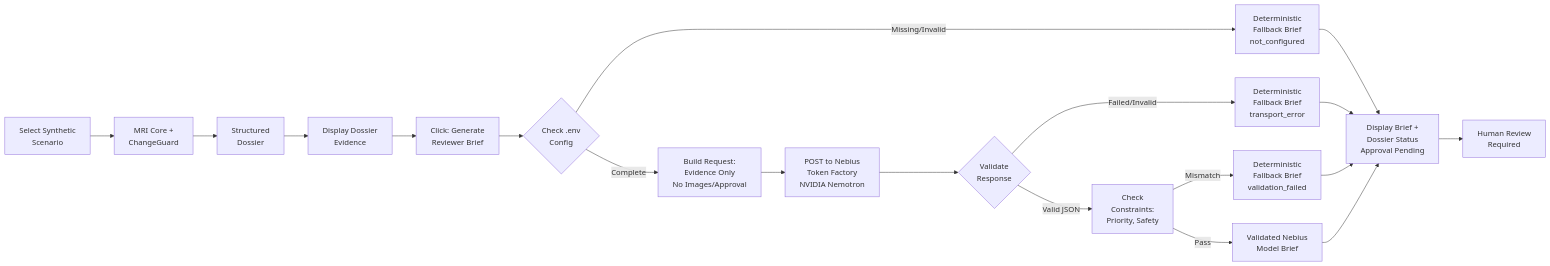
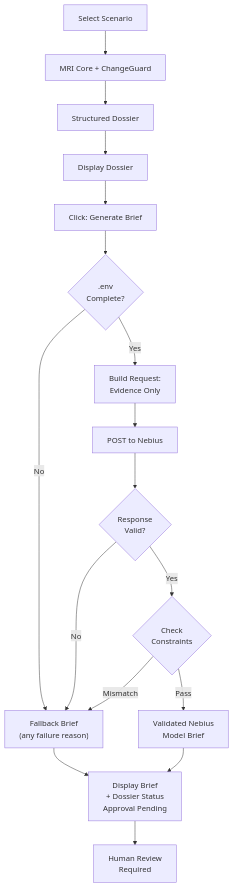
Before and after one commit to draculess99/MRI-Vision-Core: the diagram in hackathon/nebius_nvidia/README.md, drawn with Mermaid.

Commit message:
Refactor Mermaid diagram to vertical layout (flowchart TD)
Convert Data Flow diagram from horizontal (LR) to vertical (TD) for better
GitHub rendering. Merge fallback branches into single node. Shorten labels
for readability. Preserve meaning: brief is optional, evidence only sent to
Nebius, human approval separate.

````diff
--- a/hackathon/nebius_nvidia/README.md
+++ b/hackathon/nebius_nvidia/README.md
@@ -24,21 +24,28 @@
 ```mermaid
-flowchart LR
-    A["Select Synthetic<br/>Scenario"] --> B["MRI Core +<br/>ChangeGuard"]
-    B --> C["Structured<br/>Dossier"]
-    C --> D["Display Dossier<br/>Evidence"]
-    D --> E["Click: Generate<br/>Reviewer Brief"]
-    E --> F{Check .env<br/>Config}
-    F -->|Missing/Invalid| G["Deterministic<br/>Fallback Brief<br/>not_configured"]
-    F -->|Complete| H["Build Request:<br/>Evidence Only<br/>No Images/Approval"]
-    H --> I["POST to Nebius<br/>Token Factory<br/>NVIDIA Nemotron"]
-    I --> J{Validate<br/>Response}
-    J -->|Failed/Invalid| K["Deterministic<br/>Fallback Brief<br/>transport_error"]
-    J -->|Valid JSON| L["Check<br/>Constraints:<br/>Priority, Safety"]
-    L -->|Mismatch| M["Deterministic<br/>Fallback Brief<br/>validation_failed"]
-    L -->|Pass| N["Validated Nebius<br/>Model Brief"]
-    G --> O["Display Brief +<br/>Dossier Status<br/>Approval Pending"]
-    K --> O
-    M --> O
-    N --> O
-    O --> P["Human Review<br/>Required"]
+flowchart TD
+    A["Select Scenario"]
+    B["MRI Core + ChangeGuard"]
+    C["Structured Dossier"]
+    D["Display Dossier"]
+    E["Click: Generate Brief"]
+    F{.env<br/>Complete?}
+    G["Build Request:<br/>Evidence Only"]
+    H["POST to Nebius"]
+    I{Response<br/>Valid?}
+    J{Check<br/>Constraints}
+    K["Fallback Brief<br/>(any failure reason)"]
+    L["Validated Nebius<br/>Model Brief"]
+    M["Display Brief<br/>+ Dossier Status<br/>Approval Pending"]
+    N["Human Review<br/>Required"]
+
+    A --> B --> C --> D --> E --> F
+    F -->|No| K
+    F -->|Yes| G --> H --> I
+    I -->|No| K
+    I -->|Yes| J
+    J -->|Mismatch| K
+    J -->|Pass| L
+    K --> M
+    L --> M
+    M --> N
 ```
````
